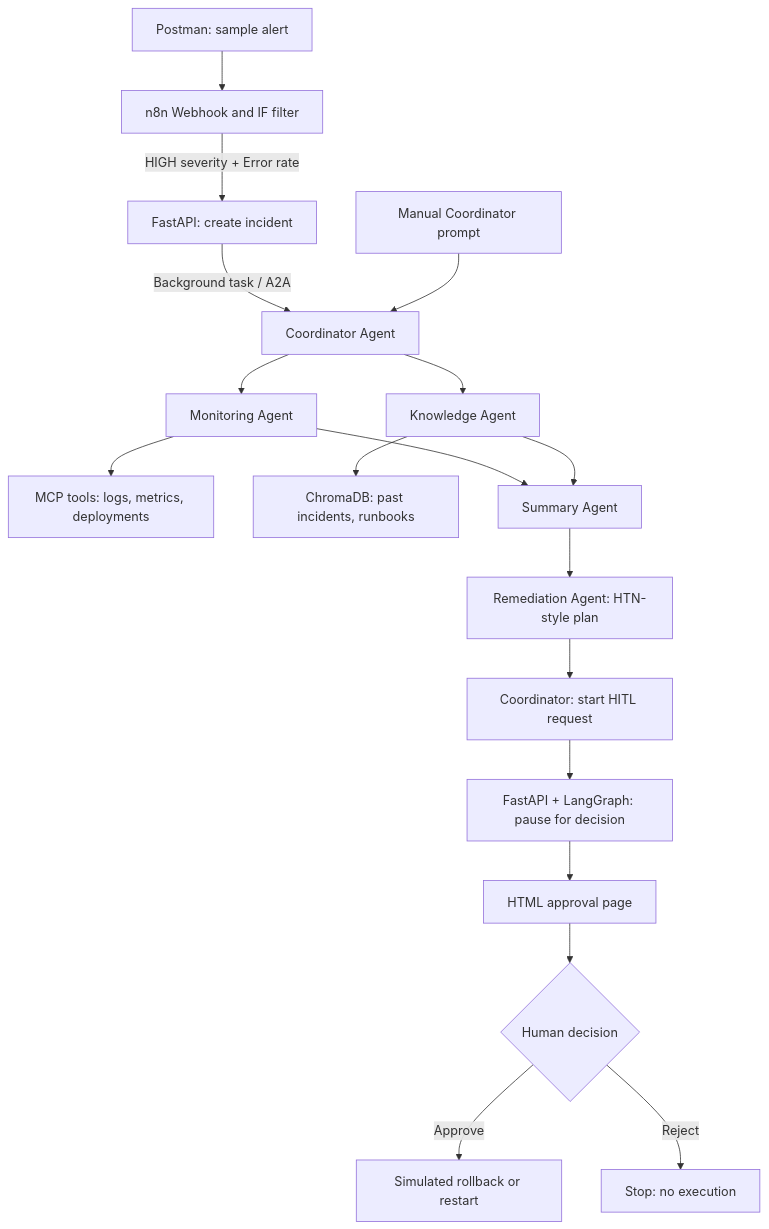
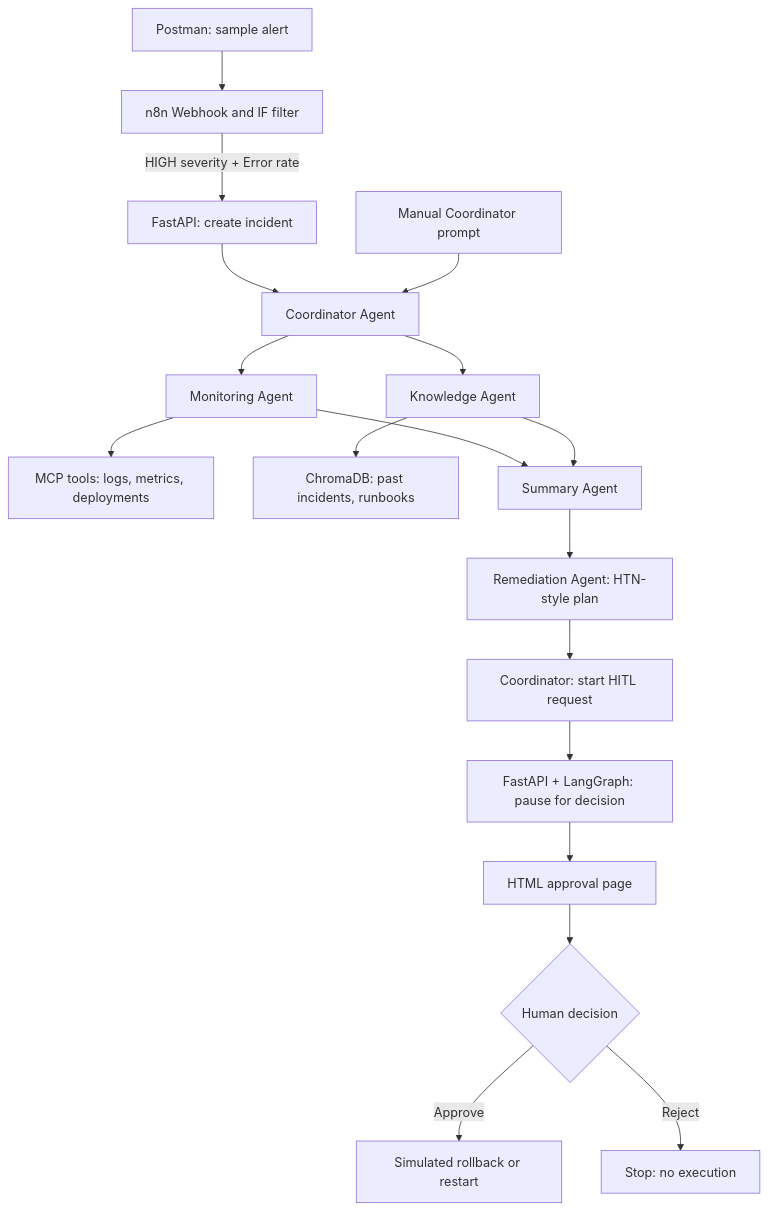
Before and after one commit to NaziaFazili/Incident-Response-System: the diagram in ARCHITECTURE.md, drawn with Mermaid. The commit also changed other lines of this file, not shown here.

````diff
--- a/ARCHITECTURE.md
+++ b/ARCHITECTURE.md
@@ -10,20 +10,20 @@
 ```mermaid
 flowchart TD
     A[Postman: sample alert] --> B[n8n Webhook and IF filter]
     B -->|HIGH severity + Error rate| C[FastAPI: create incident]
-    C -->|Background task / A2A| D[Coordinator Agent]
+    C --> D[Coordinator Agent]
     M[Manual Coordinator prompt] --> D
     D --> E[Monitoring Agent]
     D --> F[Knowledge Agent]
     E --> G[MCP tools: logs, metrics, deployments]
     F --> H[ChromaDB: past incidents, runbooks]
     E --> I[Summary Agent]
     F --> I
     I --> J[Remediation Agent: HTN-style plan]
     J --> K[Coordinator: start HITL request]
     K --> L[FastAPI + LangGraph: pause for decision]
     L --> N[HTML approval page]
     N --> O{Human decision}
     O -->|Approve| P[Simulated rollback or restart]
     O -->|Reject| Q[Stop: no execution]
 ```
````
